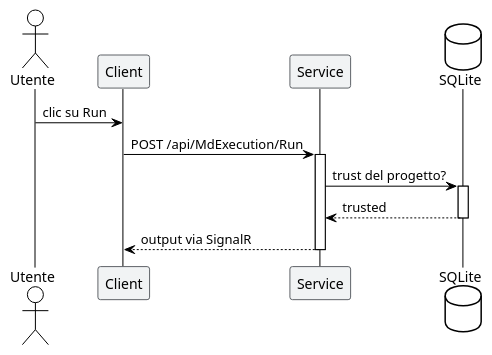
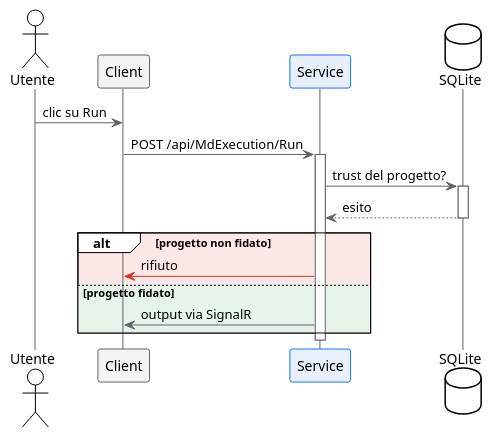
The second of 6 diagrams in MdExplorer/skills/mde-plantuml/SKILL.md (salaroglio/MdExplorer), drawn with PlantUML before and after one commit. The commit also changed other lines of this file and 1 other file, not shown here.

First line of the commit message:
feat(skills): mde-plantuml — colore dettagliato per tipo di diagramma e mindmap

````diff
--- a/MdExplorer/skills/mde-plantuml/SKILL.md
+++ b/MdExplorer/skills/mde-plantuml/SKILL.md
@@ -131,18 +222,30 @@
 ```plantuml
 @startuml
 !theme plain
 skinparam ParticipantBackgroundColor #F1F3F4
 skinparam ParticipantBorderColor #5F6368
+skinparam SequenceLifeLineBorderColor #5F6368
+skinparam ArrowColor #5F6368
+skinparam participant {
+  BackgroundColor<<Focus>> #E8F0FE
+  BorderColor<<Focus>> #1A73E8
+}
+hide stereotype
 
 actor Utente
 participant "Client" as C
-participant "Service" as S
+participant "Service" as S <<Focus>>
 database "SQLite" as DB
 
 Utente -> C : clic su Run
 C -> S ++ : POST /api/MdExecution/Run
 S -> DB ++ : trust del progetto?
-return trusted
-S --> C -- : output via SignalR
+return esito
+alt #FCE8E6 progetto non fidato
+  S -[#D93025]> C : rifiuto
+else #E6F4EA progetto fidato
+  S -> C : output via SignalR
+end
+deactivate S
 @enduml
 ```
````
